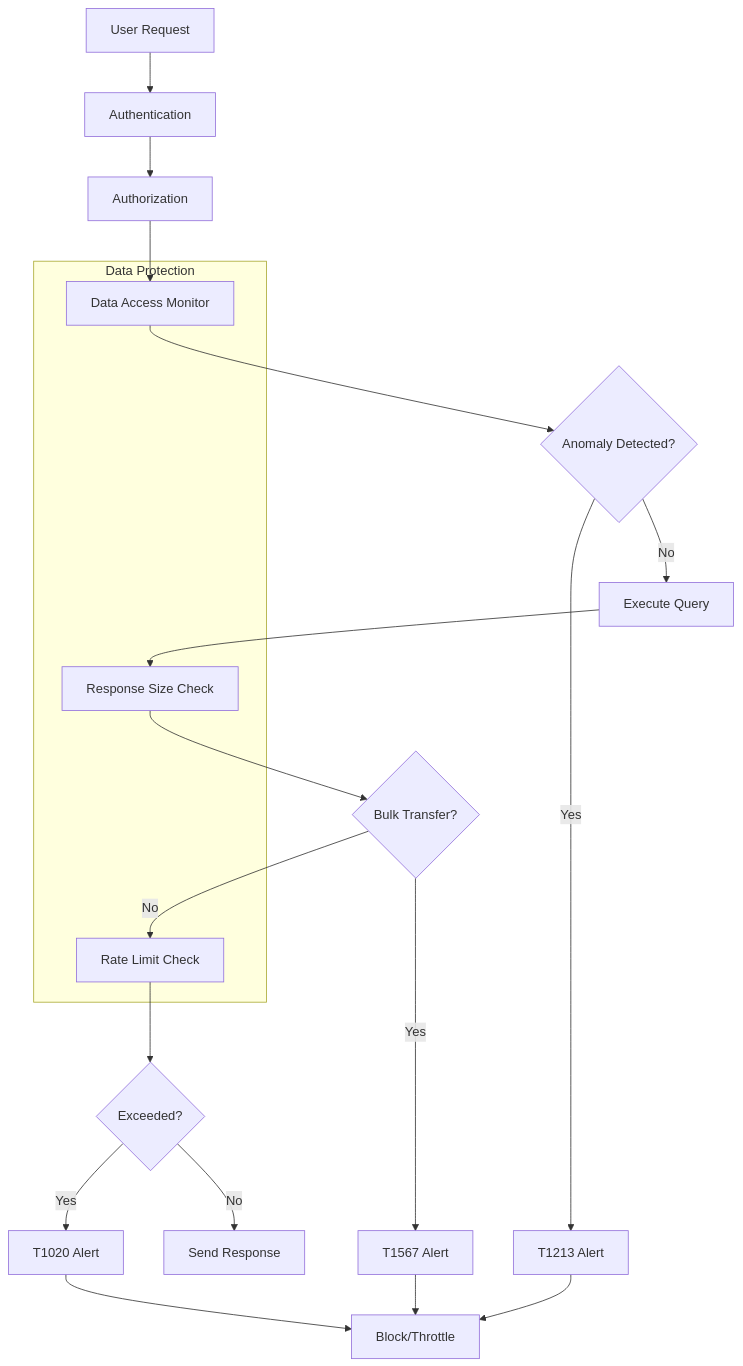
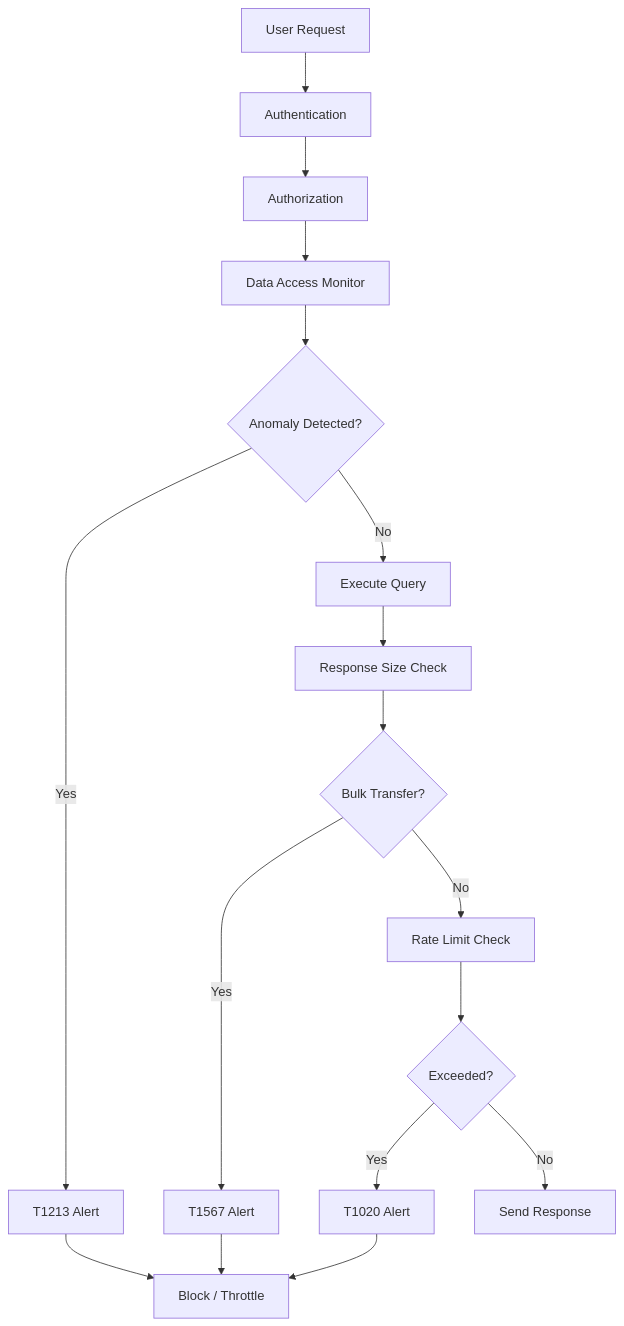
Before and after one commit to codebytes/mitre-attack-for-devs: the fourth of 7 diagrams in slides/Slides.md, drawn with Mermaid. The commit also changed other lines of this file, not shown here.

Commit message:
Fix Mermaid diagrams: remove subgraphs causing render failures

```diff
--- a/slides/Slides.md
+++ b/slides/Slides.md
@@ -935,26 +927,19 @@
 <div class="mermaid">
 graph TD
     A[User Request] --> B[Authentication]
-    B --> C[Authorization]  
+    B --> C[Authorization]
     C --> D[Data Access Monitor]
     D --> E{Anomaly Detected?}
     E -->|Yes| F[T1213 Alert]
     E -->|No| G[Execute Query]
     G --> H[Response Size Check]
     H --> I{Bulk Transfer?}
     I -->|Yes| J[T1567 Alert]
     I -->|No| K[Rate Limit Check]
     K --> L{Exceeded?}
-    L -->|Yes| M[T1020 Alert] 
+    L -->|Yes| M[T1020 Alert]
     L -->|No| N[Send Response]
-    
-    F --> O[Block/Throttle]
+    F --> O[Block / Throttle]
     J --> O
     M --> O
-    
-    subgraph "Data Protection"
-        D
-        H
-        K
-    end
 </div>
```
